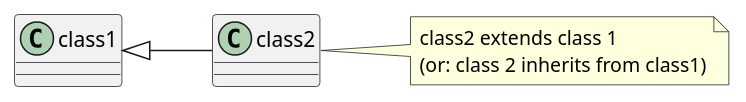
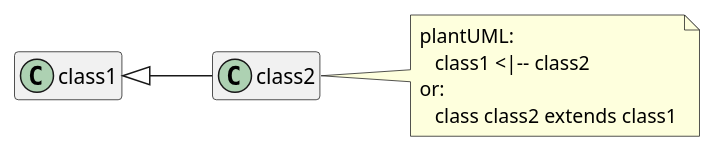
One commit to chraxo/UmlMarkdownCheatSheet changed the seventh of 21 diagrams in uml_markdown_summary.md. Above: the diagram before and after it, drawn with PlantUML. The commit also changed other lines of this file, not shown here.

Commit message:
class diagram: more compact design

```diff
--- a/uml_markdown_summary.md
+++ b/uml_markdown_summary.md
@@ -189,8 +195,14 @@
 @startuml
-left to right direction
-class1 <|-- class2
-note right 
-    class2 extends class 1
-    (or: class 2 inherits from class1)
-end note
+    left to right direction
+    skinparam noteFontName Consolas
+    hide empty members
+
+    class1 <|-- class2
+
+    note right of class2
+        plantUML: 
+           class1 <|-- class2
+        or:
+           class class2 extends class1
+    end note
 @enduml
```
